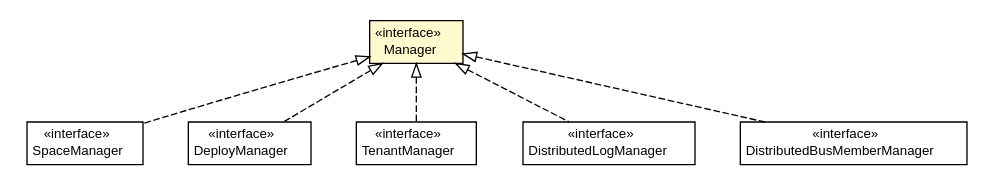
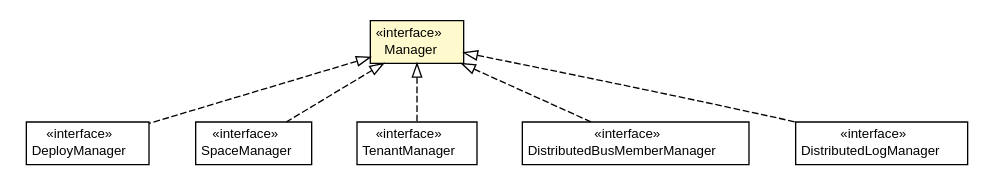
Before and after one commit to universAAL/middleware: the diagram in mw.pom/apidocs/org/universAAL/middleware/managers/api/Manager.dot, drawn with Graphviz. The commit also changed 2640 other files, not shown here.

```diff
--- a/mw.pom/apidocs/org/universAAL/middleware/managers/api/Manager.dot
+++ b/mw.pom/apidocs/org/universAAL/middleware/managers/api/Manager.dot
@@ -1,64 +1,64 @@
 #!/usr/local/bin/dot
 #
 # Class diagram 
 # Generated by UMLGraph version R5_6-24-gf6e263 (http://www.umlgraph.org/)
 #
 
 digraph G {
 	edge [fontname="Helvetica",fontsize=10,labelfontname="Helvetica",labelfontsize=10];
 	node [fontname="Helvetica",fontsize=10,shape=plaintext];
 	nodesep=0.25;
 	ranksep=0.5;
+	// org.universAAL.middleware.managers.api.DeployManager
+	c253759 [label=<<table title="org.universAAL.middleware.managers.api.DeployManager" border="0" cellborder="1" cellspacing="0" cellpadding="2" port="p" href="./DeployManager.html">
+		<tr><td><table border="0" cellspacing="0" cellpadding="1">
+<tr><td align="center" balign="center"> &#171;interface&#187; </td></tr>
+<tr><td align="center" balign="center"> DeployManager </td></tr>
+		</table></td></tr>
+		</table>>, URL="./DeployManager.html", fontname="Helvetica", fontcolor="black", fontsize=10.0];
+	// org.universAAL.middleware.managers.api.Manager
+	c253762 [label=<<table title="org.universAAL.middleware.managers.api.Manager" border="0" cellborder="1" cellspacing="0" cellpadding="2" port="p" bgcolor="lemonChiffon" href="./Manager.html">
+		<tr><td><table border="0" cellspacing="0" cellpadding="1">
+<tr><td align="center" balign="center"> &#171;interface&#187; </td></tr>
+<tr><td align="center" balign="center"> Manager </td></tr>
+		</table></td></tr>
+		</table>>, URL="./Manager.html", fontname="Helvetica", fontcolor="black", fontsize=10.0];
 	// org.universAAL.middleware.managers.api.SpaceManager
-	c253760 [label=<<table title="org.universAAL.middleware.managers.api.SpaceManager" border="0" cellborder="1" cellspacing="0" cellpadding="2" port="p" href="./SpaceManager.html">
+	c253763 [label=<<table title="org.universAAL.middleware.managers.api.SpaceManager" border="0" cellborder="1" cellspacing="0" cellpadding="2" port="p" href="./SpaceManager.html">
 		<tr><td><table border="0" cellspacing="0" cellpadding="1">
 <tr><td align="center" balign="center"> &#171;interface&#187; </td></tr>
 <tr><td align="center" balign="center"> SpaceManager </td></tr>
 		</table></td></tr>
 		</table>>, URL="./SpaceManager.html", fontname="Helvetica", fontcolor="black", fontsize=10.0];
-	// org.universAAL.middleware.managers.api.DeployManager
-	c253765 [label=<<table title="org.universAAL.middleware.managers.api.DeployManager" border="0" cellborder="1" cellspacing="0" cellpadding="2" port="p" href="./DeployManager.html">
-		<tr><td><table border="0" cellspacing="0" cellpadding="1">
-<tr><td align="center" balign="center"> &#171;interface&#187; </td></tr>
-<tr><td align="center" balign="center"> DeployManager </td></tr>
-		</table></td></tr>
-		</table>>, URL="./DeployManager.html", fontname="Helvetica", fontcolor="black", fontsize=10.0];
 	// org.universAAL.middleware.managers.api.TenantManager
 	c253769 [label=<<table title="org.universAAL.middleware.managers.api.TenantManager" border="0" cellborder="1" cellspacing="0" cellpadding="2" port="p" href="./TenantManager.html">
 		<tr><td><table border="0" cellspacing="0" cellpadding="1">
 <tr><td align="center" balign="center"> &#171;interface&#187; </td></tr>
 <tr><td align="center" balign="center"> TenantManager </td></tr>
 		</table></td></tr>
 		</table>>, URL="./TenantManager.html", fontname="Helvetica", fontcolor="black", fontsize=10.0];
-	// org.universAAL.middleware.managers.api.Manager
-	c253770 [label=<<table title="org.universAAL.middleware.managers.api.Manager" border="0" cellborder="1" cellspacing="0" cellpadding="2" port="p" bgcolor="lemonChiffon" href="./Manager.html">
+	// org.universAAL.middleware.managers.distributedmw.api.DistributedBusMemberManager
+	c254009 [label=<<table title="org.universAAL.middleware.managers.distributedmw.api.DistributedBusMemberManager" border="0" cellborder="1" cellspacing="0" cellpadding="2" port="p" href="../distributedmw/api/DistributedBusMemberManager.html">
 		<tr><td><table border="0" cellspacing="0" cellpadding="1">
 <tr><td align="center" balign="center"> &#171;interface&#187; </td></tr>
-<tr><td align="center" balign="center"> Manager </td></tr>
+<tr><td align="center" balign="center"> DistributedBusMemberManager </td></tr>
 		</table></td></tr>
-		</table>>, URL="./Manager.html", fontname="Helvetica", fontcolor="black", fontsize=10.0];
+		</table>>, URL="../distributedmw/api/DistributedBusMemberManager.html", fontname="Helvetica", fontcolor="black", fontsize=10.0];
 	// org.universAAL.middleware.managers.distributedmw.api.DistributedLogManager
-	c254011 [label=<<table title="org.universAAL.middleware.managers.distributedmw.api.DistributedLogManager" border="0" cellborder="1" cellspacing="0" cellpadding="2" port="p" href="../distributedmw/api/DistributedLogManager.html">
+	c254010 [label=<<table title="org.universAAL.middleware.managers.distributedmw.api.DistributedLogManager" border="0" cellborder="1" cellspacing="0" cellpadding="2" port="p" href="../distributedmw/api/DistributedLogManager.html">
 		<tr><td><table border="0" cellspacing="0" cellpadding="1">
 <tr><td align="center" balign="center"> &#171;interface&#187; </td></tr>
 <tr><td align="center" balign="center"> DistributedLogManager </td></tr>
 		</table></td></tr>
 		</table>>, URL="../distributedmw/api/DistributedLogManager.html", fontname="Helvetica", fontcolor="black", fontsize=10.0];
-	// org.universAAL.middleware.managers.distributedmw.api.DistributedBusMemberManager
-	c254012 [label=<<table title="org.universAAL.middleware.managers.distributedmw.api.DistributedBusMemberManager" border="0" cellborder="1" cellspacing="0" cellpadding="2" port="p" href="../distributedmw/api/DistributedBusMemberManager.html">
-		<tr><td><table border="0" cellspacing="0" cellpadding="1">
-<tr><td align="center" balign="center"> &#171;interface&#187; </td></tr>
-<tr><td align="center" balign="center"> DistributedBusMemberManager </td></tr>
-		</table></td></tr>
-		</table>>, URL="../distributedmw/api/DistributedBusMemberManager.html", fontname="Helvetica", fontcolor="black", fontsize=10.0];
+	//org.universAAL.middleware.managers.api.DeployManager implements org.universAAL.middleware.managers.api.Manager
+	c253762:p -> c253759:p [dir=back,arrowtail=empty,style=dashed];
 	//org.universAAL.middleware.managers.api.SpaceManager implements org.universAAL.middleware.managers.api.Manager
-	c253770:p -> c253760:p [dir=back,arrowtail=empty,style=dashed];
-	//org.universAAL.middleware.managers.api.DeployManager implements org.universAAL.middleware.managers.api.Manager
-	c253770:p -> c253765:p [dir=back,arrowtail=empty,style=dashed];
+	c253762:p -> c253763:p [dir=back,arrowtail=empty,style=dashed];
 	//org.universAAL.middleware.managers.api.TenantManager implements org.universAAL.middleware.managers.api.Manager
-	c253770:p -> c253769:p [dir=back,arrowtail=empty,style=dashed];
+	c253762:p -> c253769:p [dir=back,arrowtail=empty,style=dashed];
+	//org.universAAL.middleware.managers.distributedmw.api.DistributedBusMemberManager implements org.universAAL.middleware.managers.api.Manager
+	c253762:p -> c254009:p [dir=back,arrowtail=empty,style=dashed];
 	//org.universAAL.middleware.managers.distributedmw.api.DistributedLogManager implements org.universAAL.middleware.managers.api.Manager
-	c253770:p -> c254011:p [dir=back,arrowtail=empty,style=dashed];
-	//org.universAAL.middleware.managers.distributedmw.api.DistributedBusMemberManager implements org.universAAL.middleware.managers.api.Manager
-	c253770:p -> c254012:p [dir=back,arrowtail=empty,style=dashed];
+	c253762:p -> c254010:p [dir=back,arrowtail=empty,style=dashed];
 }
```
